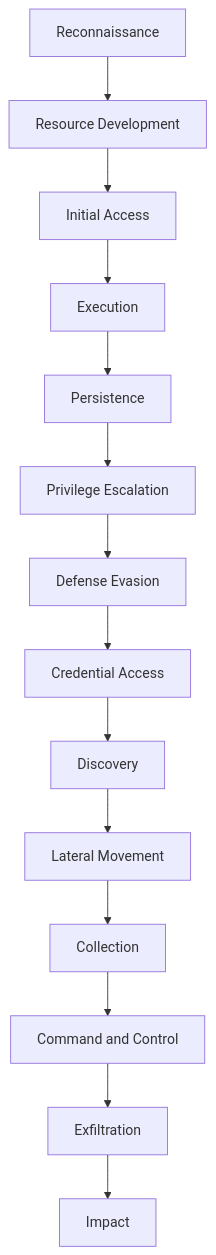
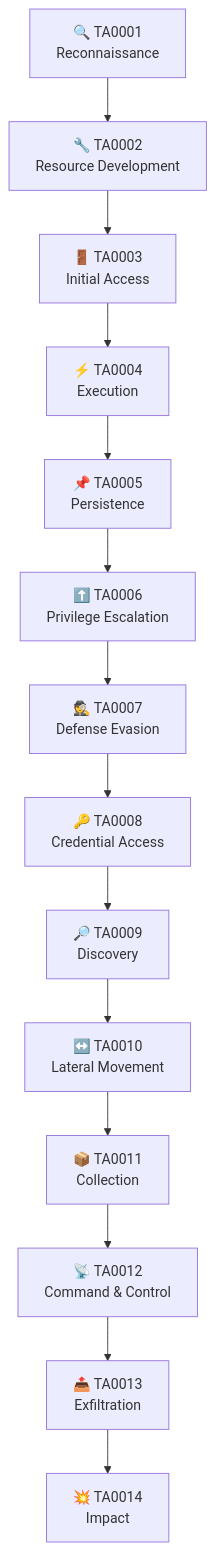
Before and after one commit to yugmerabtene/techniques-de-hacking-niveau-1: the second of 5 diagrams in JOUR-01.md, drawn with Mermaid. The commit also changed other lines of this file and 22 other files, not shown here.

Commit message:
v3: labs ultra-guides + HORS-SERIE agentic KillChainAgent + schemas mermaid + ATT&CK partout

````diff
--- a/JOUR-01.md
+++ b/JOUR-01.md
@@ -46,16 +188,16 @@
 ```mermaid
 flowchart TB
-    TA0001[Reconnaissance] --> TA0002[Resource Development]
-    TA0002 --> TA0003[Initial Access]
-    TA0003 --> TA0004[Execution]
-    TA0004 --> TA0005[Persistence]
-    TA0005 --> TA0006[Privilege Escalation]
-    TA0006 --> TA0007[Defense Evasion]
-    TA0007 --> TA0008[Credential Access]
-    TA0008 --> TA0009[Discovery]
-    TA0009 --> TA0010[Lateral Movement]
-    TA0010 --> TA0011[Collection]
-    TA0011 --> TA0012[Command and Control]
-    TA0012 --> TA0013[Exfiltration]
-    TA0013 --> TA0014[Impact]
+    TA0001["🔍 TA0001<br/>Reconnaissance"] --> TA0002["🔧 TA0002<br/>Resource Development"]
+    TA0002 --> TA0003["🚪 TA0003<br/>Initial Access"]
+    TA0003 --> TA0004["⚡ TA0004<br/>Execution"]
+    TA0004 --> TA0005["📌 TA0005<br/>Persistence"]
+    TA0005 --> TA0006["⬆️ TA0006<br/>Privilege Escalation"]
+    TA0006 --> TA0007["🕵️ TA0007<br/>Defense Evasion"]
+    TA0007 --> TA0008["🔑 TA0008<br/>Credential Access"]
+    TA0008 --> TA0009["🔎 TA0009<br/>Discovery"]
+    TA0009 --> TA0010["↔️ TA0010<br/>Lateral Movement"]
+    TA0010 --> TA0011["📦 TA0011<br/>Collection"]
+    TA0011 --> TA0012["📡 TA0012<br/>Command & Control"]
+    TA0012 --> TA0013["📤 TA0013<br/>Exfiltration"]
+    TA0013 --> TA0014["💥 TA0014<br/>Impact"]
 ```
````
